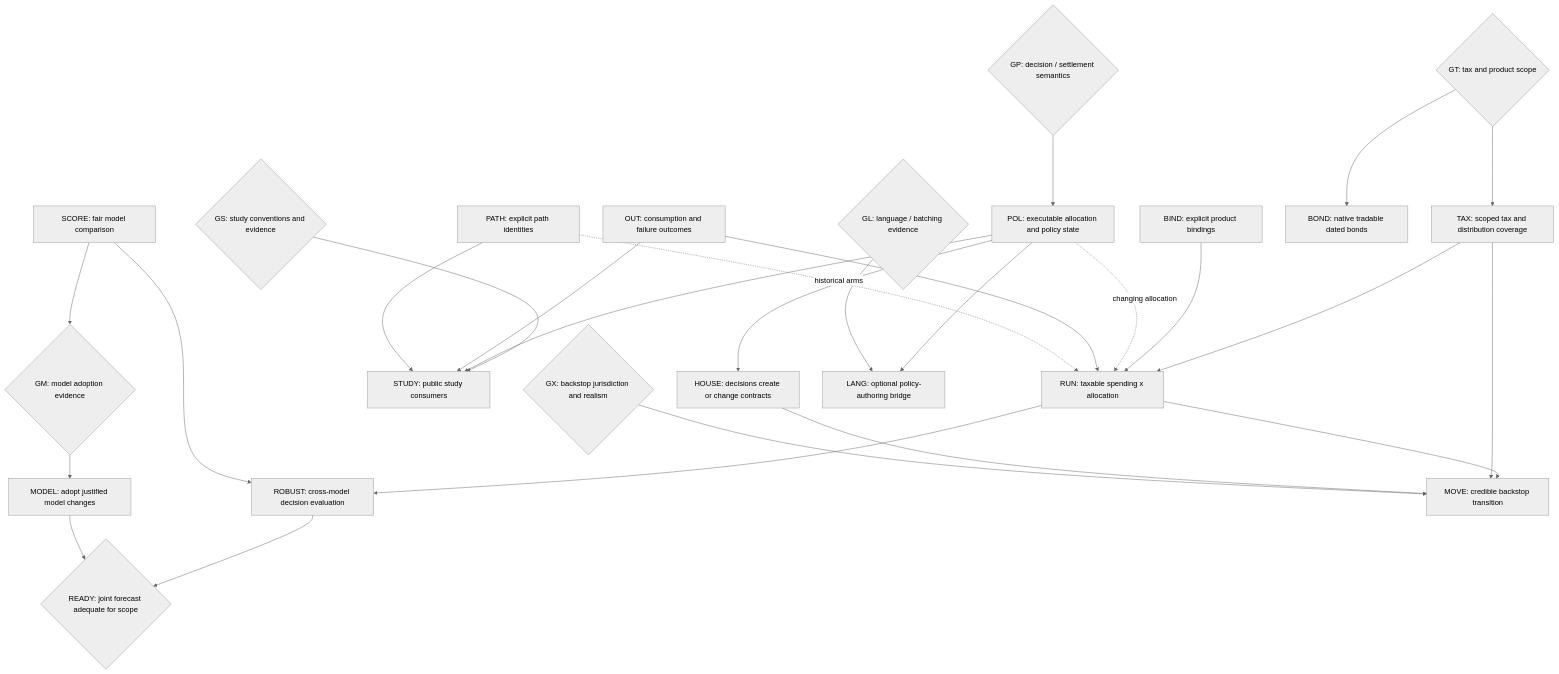
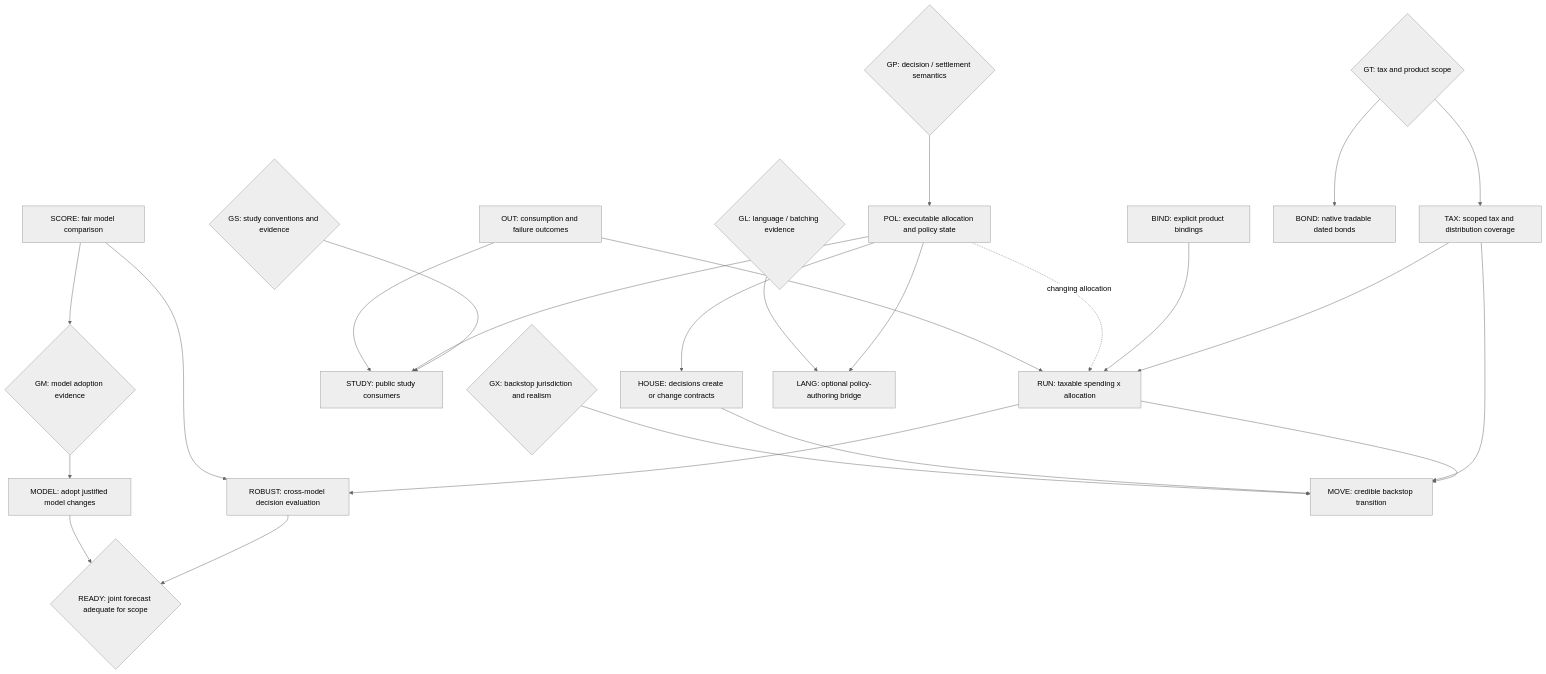
Before and after one commit to agentydragon-agent/ducktape: the diagram in finance/augur/plans/roadmap.md, drawn with Mermaid (neutral theme). The commit also changed other lines of this file and 15 other files, not shown here.

Commit message:
refactor(augur): materialize explicit historical window identities (#5898)

````diff
--- a/finance/augur/plans/roadmap.md
+++ b/finance/augur/plans/roadmap.md
@@ -127,42 +126,39 @@
 ```mermaid
 flowchart TB
-    PATH["PATH: explicit path identities"]
     OUT["OUT: consumption and failure outcomes"]
     BIND["BIND: explicit product bindings"]
     GP{"GP: decision / settlement semantics"}
     GT{"GT: tax and product scope"}
     GS{"GS: study conventions and evidence"}
     GX{"GX: backstop jurisdiction and realism"}
     GL{"GL: language / batching evidence"}
 
     GP --> POL["POL: executable allocation and policy state"]
     GT --> TAX["TAX: scoped tax and distribution coverage"]
     GT --> BOND["BOND: native tradable dated bonds"]
     POL --> HOUSE["HOUSE: decisions create or change contracts"]
 
-    PATH --> STUDY["STUDY: public study consumers"]
-    OUT --> STUDY
+    OUT --> STUDY["STUDY: public study consumers"]
     POL --> STUDY
     GS --> STUDY
 
-    PATH -. historical arms .-> RUN["RUN: taxable spending x allocation"]
-    OUT --> RUN
+    OUT --> RUN["RUN: taxable spending x allocation"]
     POL -. changing allocation .-> RUN
     BIND --> RUN
     TAX --> RUN
 
     SCORE["SCORE: fair model comparison"] --> GM{"GM: model adoption evidence"}
     GM --> MODEL["MODEL: adopt justified model changes"]
     SCORE --> ROBUST["ROBUST: cross-model decision evaluation"]
     RUN --> ROBUST
     MODEL --> READY{"READY: joint forecast adequate for scope"}
     ROBUST --> READY
 
     GX --> MOVE["MOVE: credible backstop transition"]
     HOUSE --> MOVE
     TAX --> MOVE
     RUN --> MOVE
 
     GL --> LANG["LANG: optional policy-authoring bridge"]
     POL --> LANG
 ```
````
